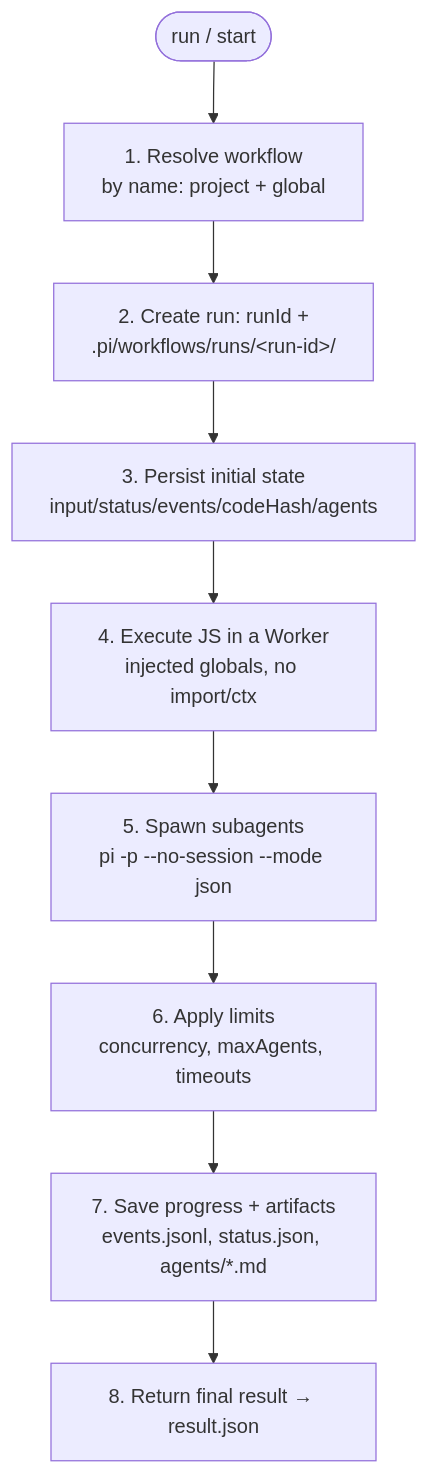
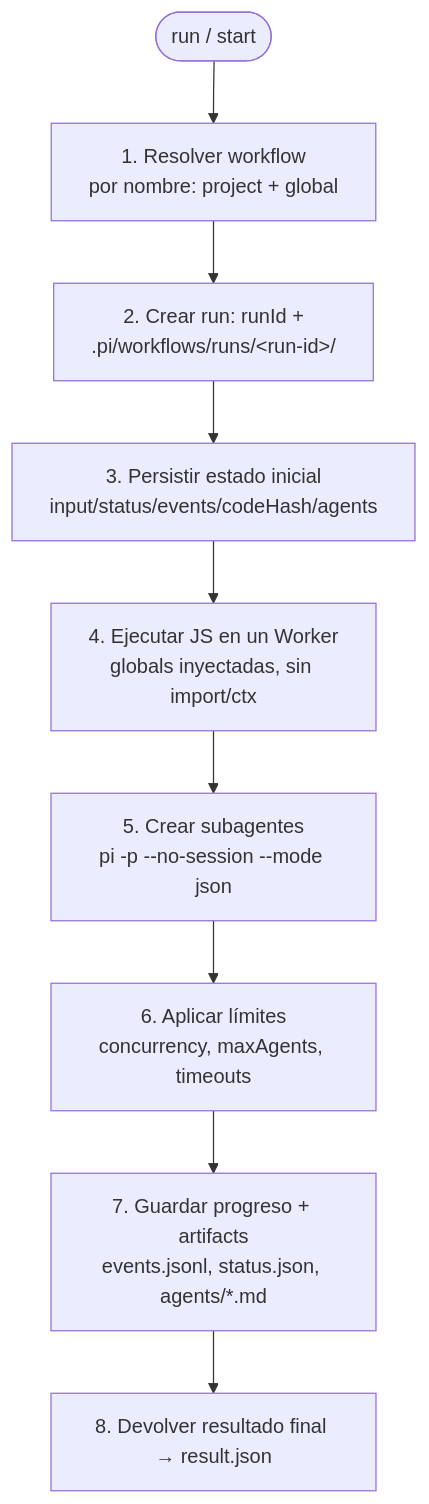
Before and after one commit to andrestobelem/pandi-extensions: the second of 2 diagrams in docs/dynamic-workflows.md, drawn with Mermaid. The commit also changed other lines of this file and 200 other files, not shown here.

````diff
--- a/docs/dynamic-workflows.md
+++ b/docs/dynamic-workflows.md
@@ -87,11 +87,11 @@
 ```mermaid
 flowchart TD
-  launch([run / start]) --> resolve[1. Resolve workflow<br/>by name: project + global]
-  resolve --> create[2. Create run: runId +<br/>.pi/workflows/runs/&lt;run-id&gt;/]
-  create --> persist[3. Persist initial state<br/>input/status/events/codeHash/agents]
-  persist --> worker[4. Execute JS in a Worker<br/>injected globals, no import/ctx]
-  worker --> spawn[5. Spawn subagents<br/>pi -p --no-session --mode json]
-  spawn --> limits[6. Apply limits<br/>concurrency, maxAgents, timeouts]
-  limits --> save[7. Save progress + artifacts<br/>events.jsonl, status.json, agents/*.md]
-  save --> result[8. Return final result → result.json]
+  launch([run / start]) --> resolve[1. Resolver workflow<br/>por nombre: project + global]
+  resolve --> create[2. Crear run: runId +<br/>.pi/workflows/runs/&lt;run-id&gt;/]
+  create --> persist[3. Persistir estado inicial<br/>input/status/events/codeHash/agents]
+  persist --> worker[4. Ejecutar JS en un Worker<br/>globals inyectadas, sin import/ctx]
+  worker --> spawn[5. Crear subagentes<br/>pi -p --no-session --mode json]
+  spawn --> limits[6. Aplicar límites<br/>concurrency, maxAgents, timeouts]
+  limits --> save[7. Guardar progreso + artifacts<br/>events.jsonl, status.json, agents/*.md]
+  save --> result[8. Devolver resultado final → result.json]
 ```
````
